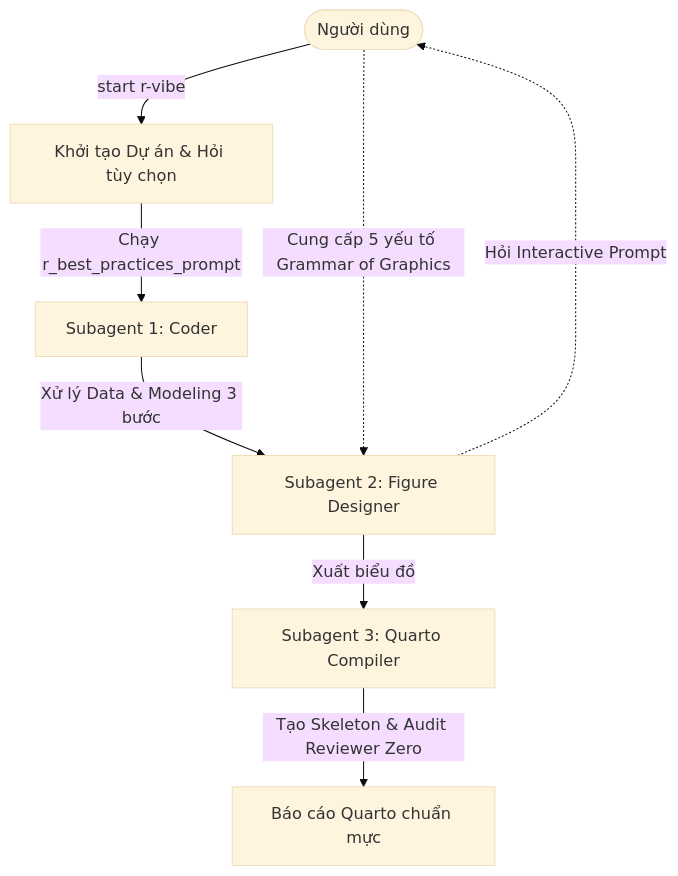
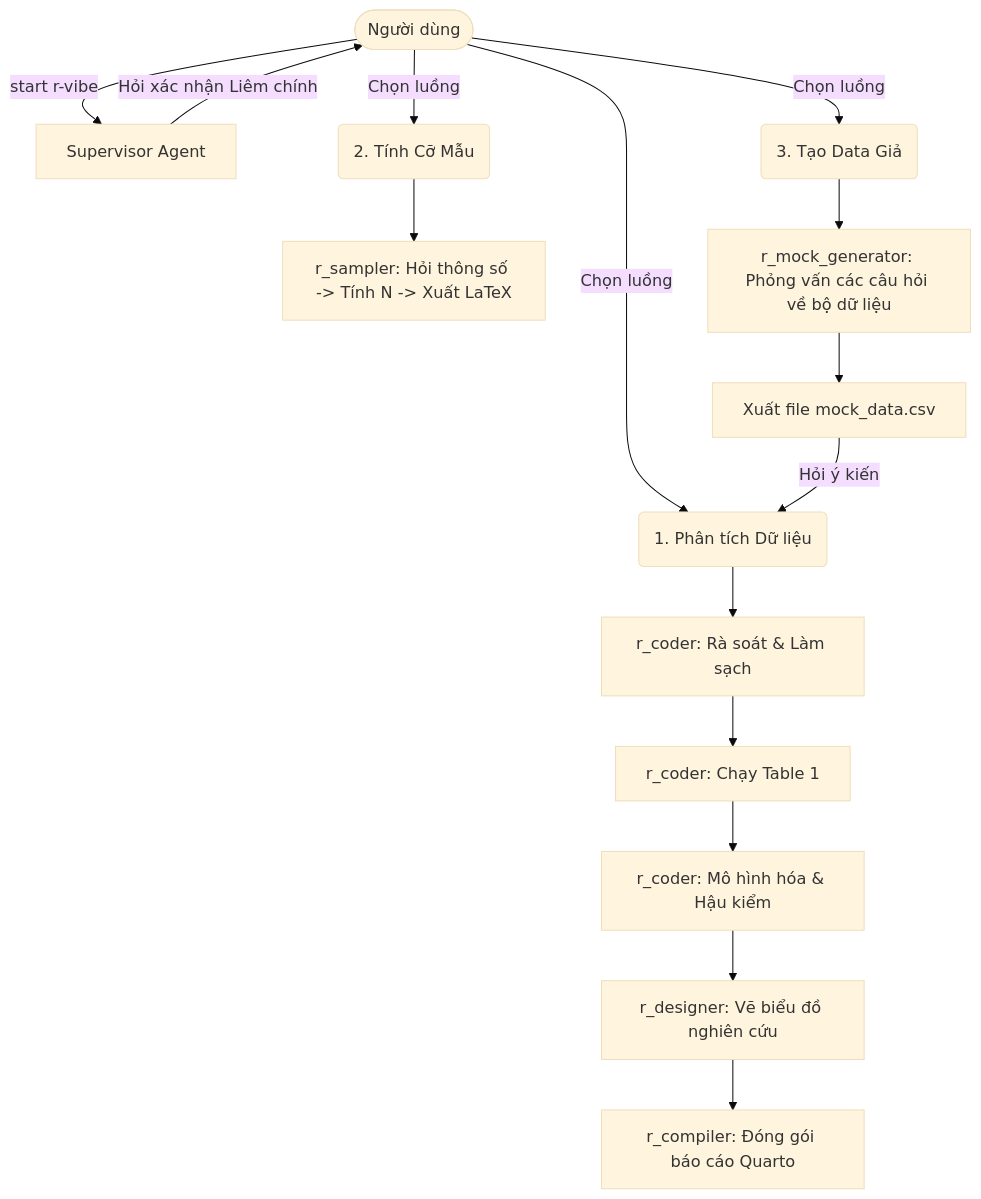
The diagram in README.md (nguyentranminhchien-ccpl/RStudio-Vibe-Coding-Plugin), drawn with Mermaid (base theme) before and after one commit. The commit also changed other lines of this file and 6 other files, not shown here.

````diff
--- a/README.md
+++ b/README.md
@@ -8,10 +19,24 @@
 ```mermaid
 graph TD
-    User([Người dùng]) -->|start r-vibe| Init[Khởi tạo Dự án & Hỏi tùy chọn]
-    Init -->|Chạy r_best_practices_prompt| Coder[Subagent 1: Coder]
-    Coder -->|Xử lý Data & Modeling 3 bước| Designer[Subagent 2: Figure Designer]
-    Designer -.->|Hỏi Interactive Prompt| User
-    User -.->|Cung cấp 5 yếu tố Grammar of Graphics| Designer
-    Designer -->|Xuất biểu đồ| Compiler[Subagent 3: Quarto Compiler]
-    Compiler -->|Tạo Skeleton & Audit Reviewer Zero| Final[Báo cáo Quarto chuẩn mực]
+    User([Người dùng]) -->|start r-vibe| Supervisor[Supervisor Agent]
+    Supervisor -->|Hỏi xác nhận Liêm chính| User
+    
+    User -->|Chọn luồng| Branch1(1. Phân tích Dữ liệu)
+    User -->|Chọn luồng| Branch2(2. Tính Cỡ Mẫu)
+    User -->|Chọn luồng| Branch3(3. Tạo Data Giả)
+
+    %% Nhánh 1 chi tiết
+    Branch1 --> Coder[r_coder: Rà soát & Làm sạch]
+    Coder --> Table1[r_coder: Chạy Table 1]
+    Table1 --> Models[r_coder: Mô hình hóa & Hậu kiểm]
+    Models --> Designer[r_designer: Vẽ biểu đồ nghiên cứu]
+    Designer --> Compiler[r_compiler: Đóng gói báo cáo Quarto]
+    
+    %% Nhánh 2
+    Branch2 --> Sampler[r_sampler: Hỏi thông số -> Tính N -> Xuất LaTeX]
+    
+    %% Nhánh 3
+    Branch3 --> Mock[r_mock_generator: Phỏng vấn các câu hỏi về bộ dữ liệu]
+    Mock --> CSV[Xuất file mock_data.csv]
+    CSV -->|Hỏi ý kiến| Branch1
 ```
````
